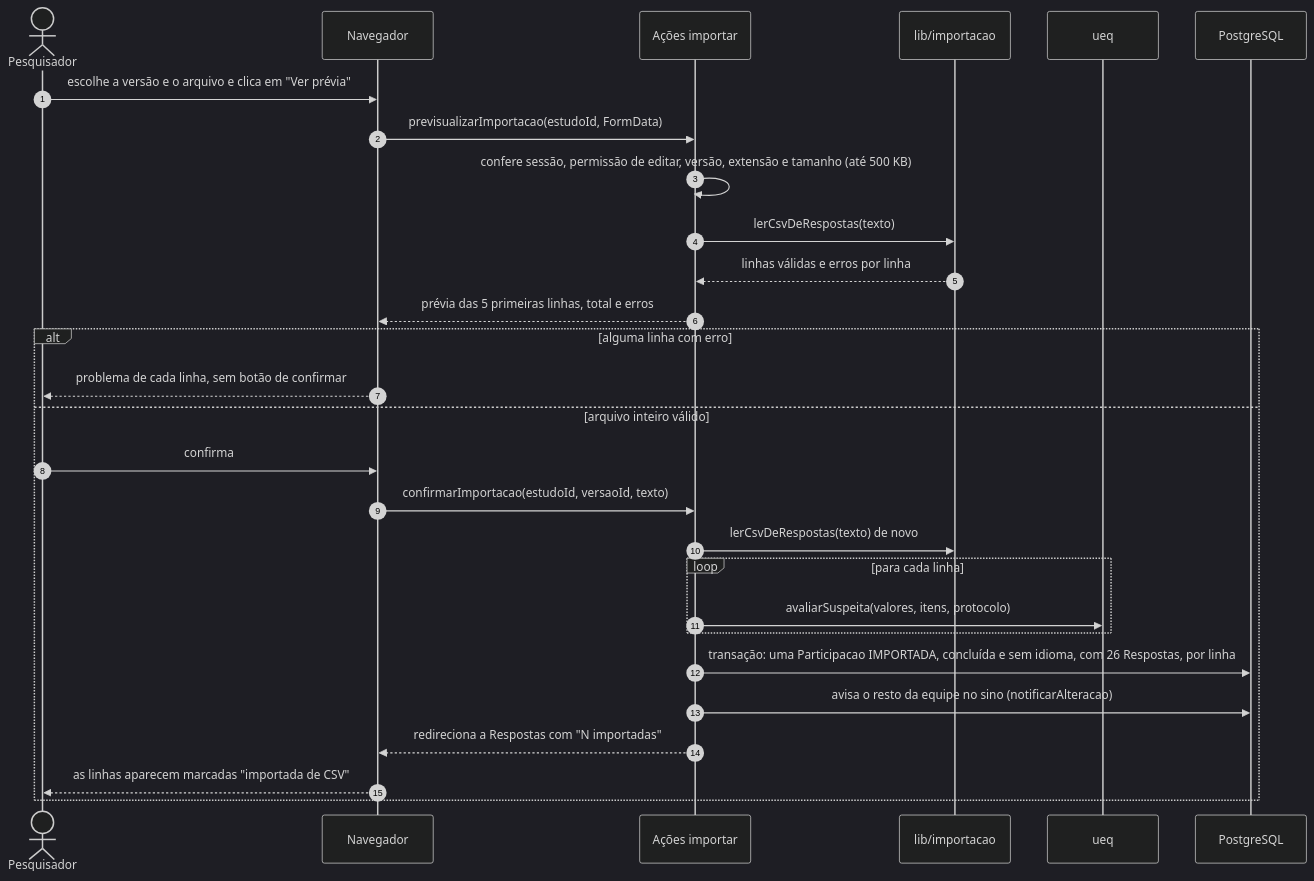
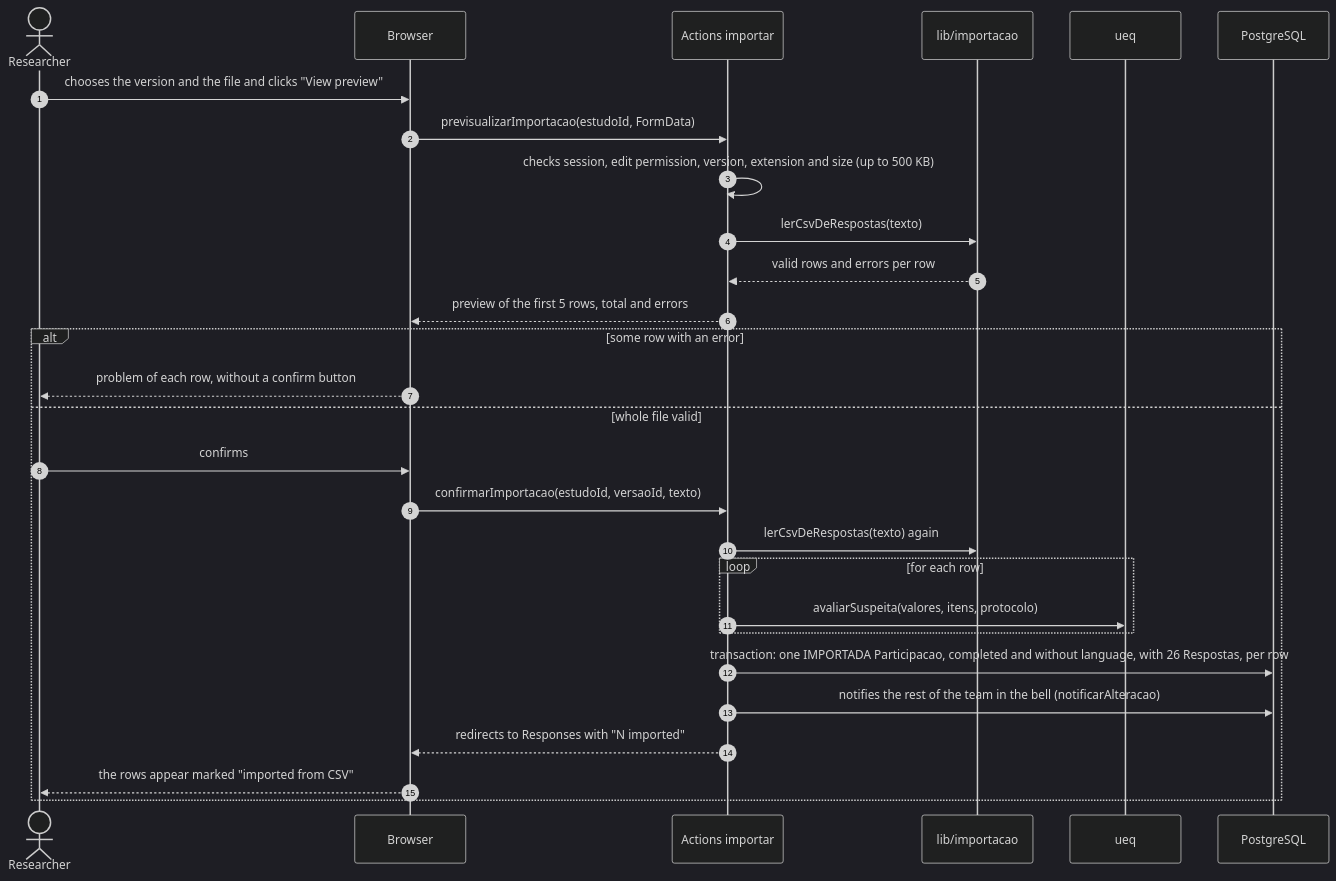
One commit to gabrielfjm/ueq_form_ihc changed the sixth of 8 diagrams in docs/documentacao/diagramas-de-sequencia.md. Above: the diagram before and after it, drawn with Mermaid (dark theme). The commit also changed other lines of this file and 151 other files, not shown here.

First line of the commit message:
mostra a documentação no idioma da interface, com os diagramas em inglês

````diff
--- a/docs/documentacao/diagramas-de-sequencia.md
+++ b/docs/documentacao/diagramas-de-sequencia.md
@@ -275,31 +275,31 @@
 ```mermaid
 sequenceDiagram
     autonumber
-    actor Pesq as Pesquisador
-    participant Nav as Navegador
-    participant Acao as Ações importar
+    actor Pesq as Researcher
+    participant Nav as Browser
+    participant Acao as Actions importar
     participant Imp as lib/importacao
     participant Ueq as ueq
     participant BD as PostgreSQL
 
-    Pesq->>Nav: escolhe a versão e o arquivo e clica em "Ver prévia"
+    Pesq->>Nav: chooses the version and the file and clicks "View preview"
     Nav->>Acao: previsualizarImportacao(estudoId, FormData)
-    Acao->>Acao: confere sessão, permissão de editar, versão, extensão e tamanho (até 500 KB)
+    Acao->>Acao: checks session, edit permission, version, extension and size (up to 500 KB)
     Acao->>Imp: lerCsvDeRespostas(texto)
-    Imp-->>Acao: linhas válidas e erros por linha
-    Acao-->>Nav: prévia das 5 primeiras linhas, total e erros
-    alt alguma linha com erro
-        Nav-->>Pesq: problema de cada linha, sem botão de confirmar
-    else arquivo inteiro válido
-        Pesq->>Nav: confirma
+    Imp-->>Acao: valid rows and errors per row
+    Acao-->>Nav: preview of the first 5 rows, total and errors
+    alt some row with an error
+        Nav-->>Pesq: problem of each row, without a confirm button
+    else whole file valid
+        Pesq->>Nav: confirms
         Nav->>Acao: confirmarImportacao(estudoId, versaoId, texto)
-        Acao->>Imp: lerCsvDeRespostas(texto) de novo
-        loop para cada linha
+        Acao->>Imp: lerCsvDeRespostas(texto) again
+        loop for each row
             Acao->>Ueq: avaliarSuspeita(valores, itens, protocolo)
         end
-        Acao->>BD: transação: uma Participacao IMPORTADA, concluída e sem idioma, com 26 Respostas, por linha
-        Acao->>BD: avisa o resto da equipe no sino (notificarAlteracao)
-        Acao-->>Nav: redireciona a Respostas com "N importadas"
-        Nav-->>Pesq: as linhas aparecem marcadas "importada de CSV"
+        Acao->>BD: transaction: one IMPORTADA Participacao, completed and without language, with 26 Respostas, per row
+        Acao->>BD: notifies the rest of the team in the bell (notificarAlteracao)
+        Acao-->>Nav: redirects to Responses with "N imported"
+        Nav-->>Pesq: the rows appear marked "imported from CSV"
     end
 ```
````
